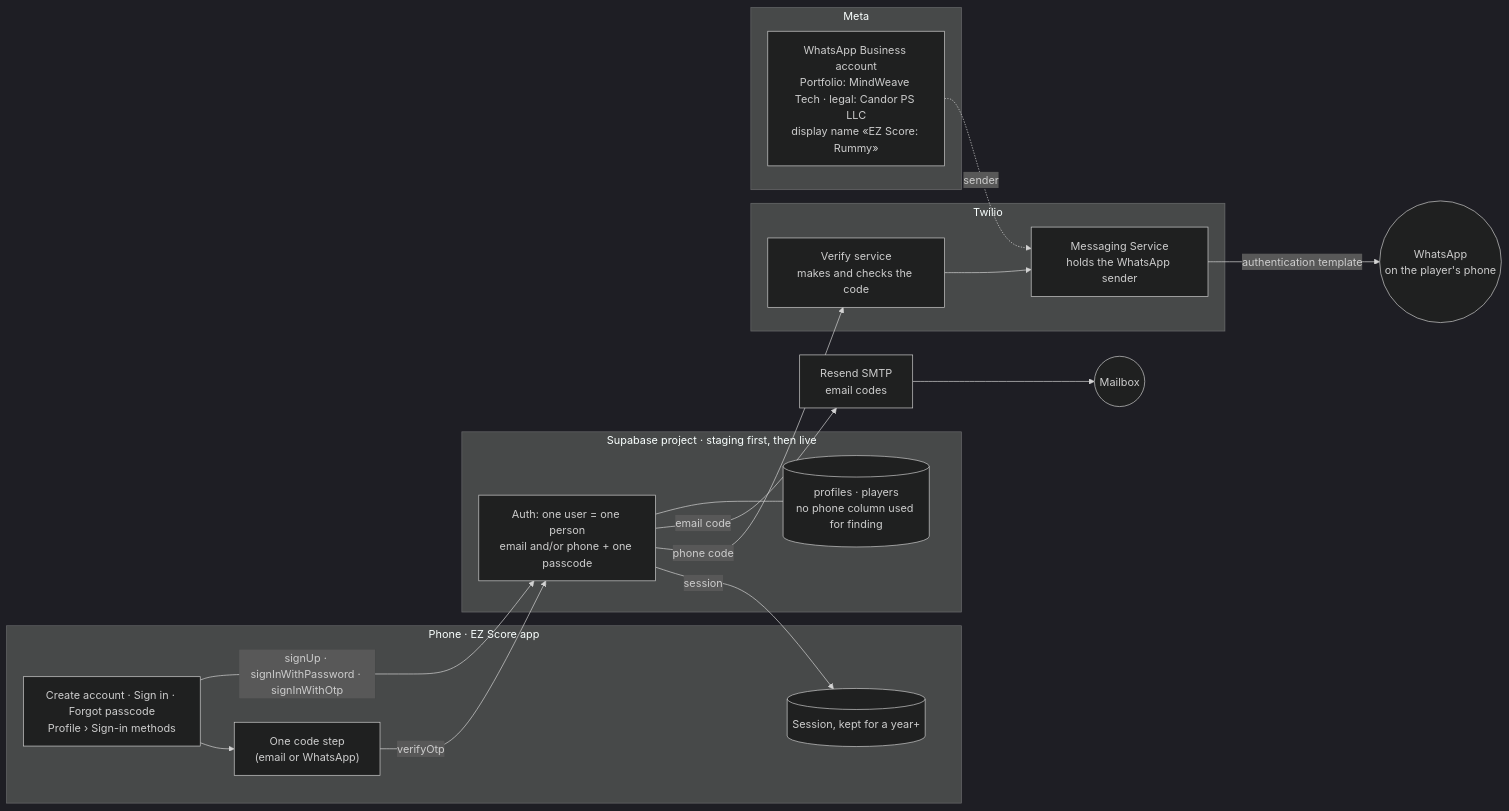
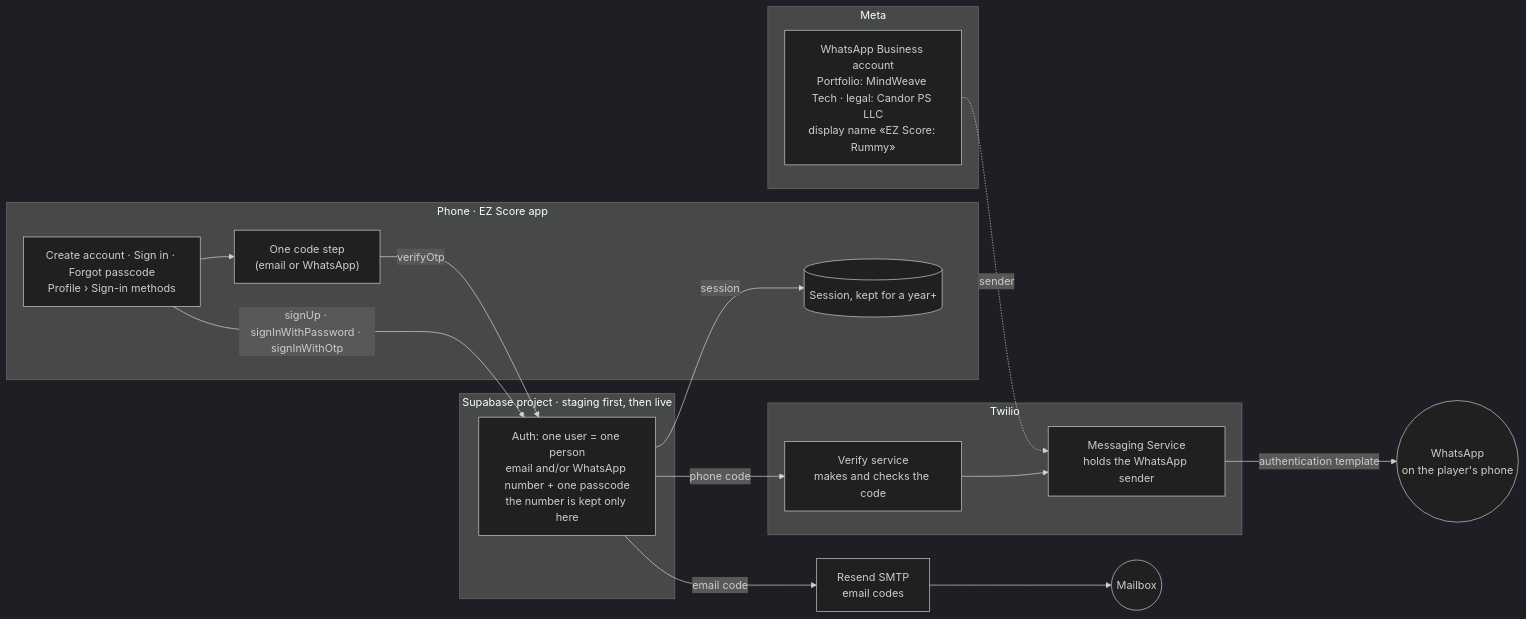
Before and after one commit to sreeatcandorps/RummyHome: the first of 9 diagrams in rummy-home3/docs/whatsapp-sign-in/flows.md, drawn with Mermaid (dark theme). The commit also changed other lines of this file and 9 other files, not shown here.

Commit message:
WhatsApp spec: flow images re-rendered, shared CodeStep in the file list

````diff
--- a/rummy-home3/docs/whatsapp-sign-in/flows.md
+++ b/rummy-home3/docs/whatsapp-sign-in/flows.md
@@ -17,31 +17,29 @@
 ```mermaid
 flowchart LR
   subgraph phone["Phone · EZ Score app"]
     UI["Create account · Sign in · Forgot passcode<br/>Profile › Sign-in methods"]
     STEP["One code step<br/>(email or WhatsApp)"]
     SESS[("Session, kept for a year+")]
   end
   subgraph supa["Supabase project · staging first, then live"]
-    AUTH["Auth: one user = one person<br/>email and/or phone + one passcode"]
-    DB[("profiles · players<br/>no phone column used for finding")]
+    AUTH["Auth: one user = one person<br/>email and/or WhatsApp number + one passcode<br/>the number is kept only here"]
   end
   subgraph tw["Twilio"]
     VER["Verify service<br/>makes and checks the code"]
     MG["Messaging Service<br/>holds the WhatsApp sender"]
   end
   subgraph meta["Meta"]
     WABA["WhatsApp Business account<br/>Portfolio: MindWeave Tech · legal: Candor PS LLC<br/>display name «EZ Score: Rummy»"]
   end
   RES["Resend SMTP<br/>email codes"]
   WA(("WhatsApp<br/>on the player's phone"))
   MAIL(("Mailbox"))
 
   UI --> STEP
   UI -- "signUp · signInWithPassword · signInWithOtp" --> AUTH
   STEP -- "verifyOtp" --> AUTH
   AUTH -- "session" --> SESS
   AUTH -- "phone code" --> VER --> MG -- "authentication template" --> WA
   WABA -. "sender" .-> MG
   AUTH -- "email code" --> RES --> MAIL
-  AUTH --- DB
 ```
````
